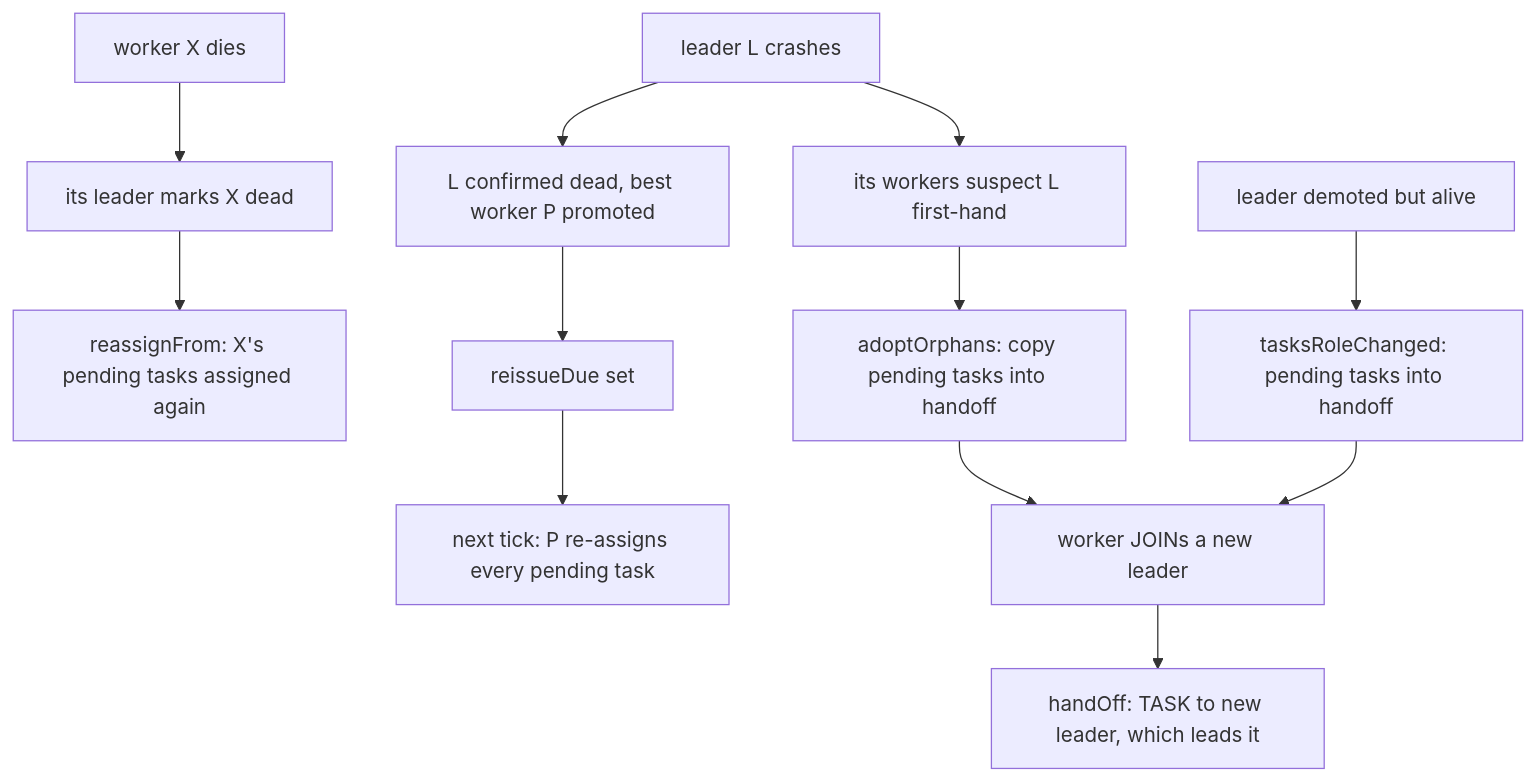
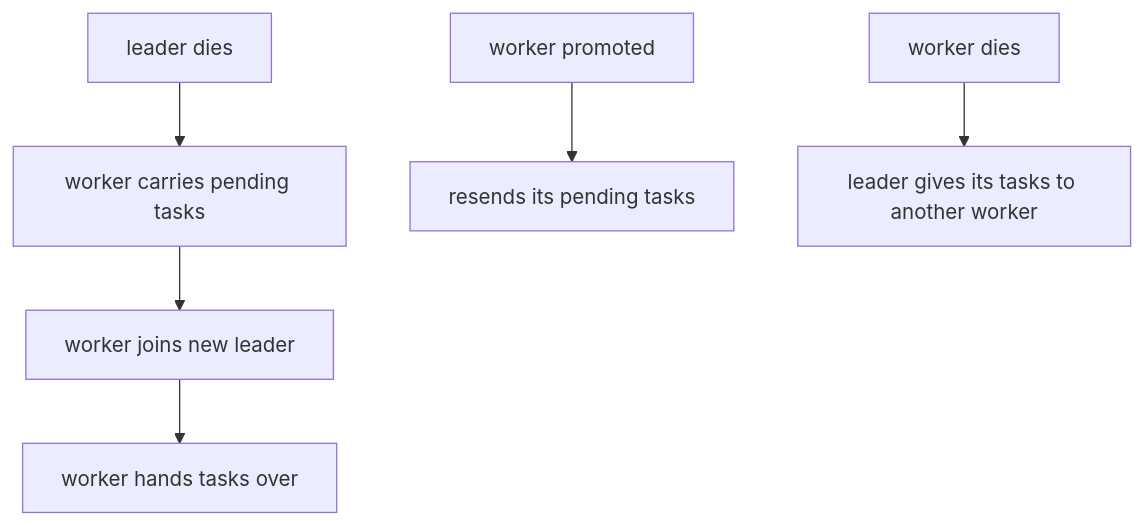
Before and after one commit to Aditya-Jyoti/swarm-communication: the fourth of 5 diagrams in docs/architecture/replication-and-tasks.md, drawn with Mermaid. The commit also changed other lines of this file, not shown here.

Commit message:
docs(architecture): simplify replication and tasks

````diff
--- a/docs/architecture/replication-and-tasks.md
+++ b/docs/architecture/replication-and-tasks.md
@@ -183,14 +84,8 @@
 ```mermaid
 flowchart TD
-    A[leader L crashes] --> B[its workers suspect L first-hand]
-    B --> C[adoptOrphans: copy pending tasks into handoff]
-    C --> D[worker JOINs a new leader]
-    D --> E[handOff: TASK to new leader, which leads it]
-    A --> F[L confirmed dead, best worker P promoted]
-    F --> G[reissueDue set]
-    G --> H[next tick: P re-assigns every pending task]
-    I[worker X dies] --> J[its leader marks X dead]
-    J --> K[reassignFrom: X's pending tasks assigned again]
-    M[leader demoted but alive] --> N[tasksRoleChanged: pending tasks into handoff]
-    N --> D
+    A[leader dies] --> B[worker carries pending tasks]
+    B --> C[worker joins new leader]
+    C --> D[worker hands tasks over]
+    E[worker promoted] --> F[resends its pending tasks]
+    G[worker dies] --> H[leader gives its tasks to another worker]
 ```
````
